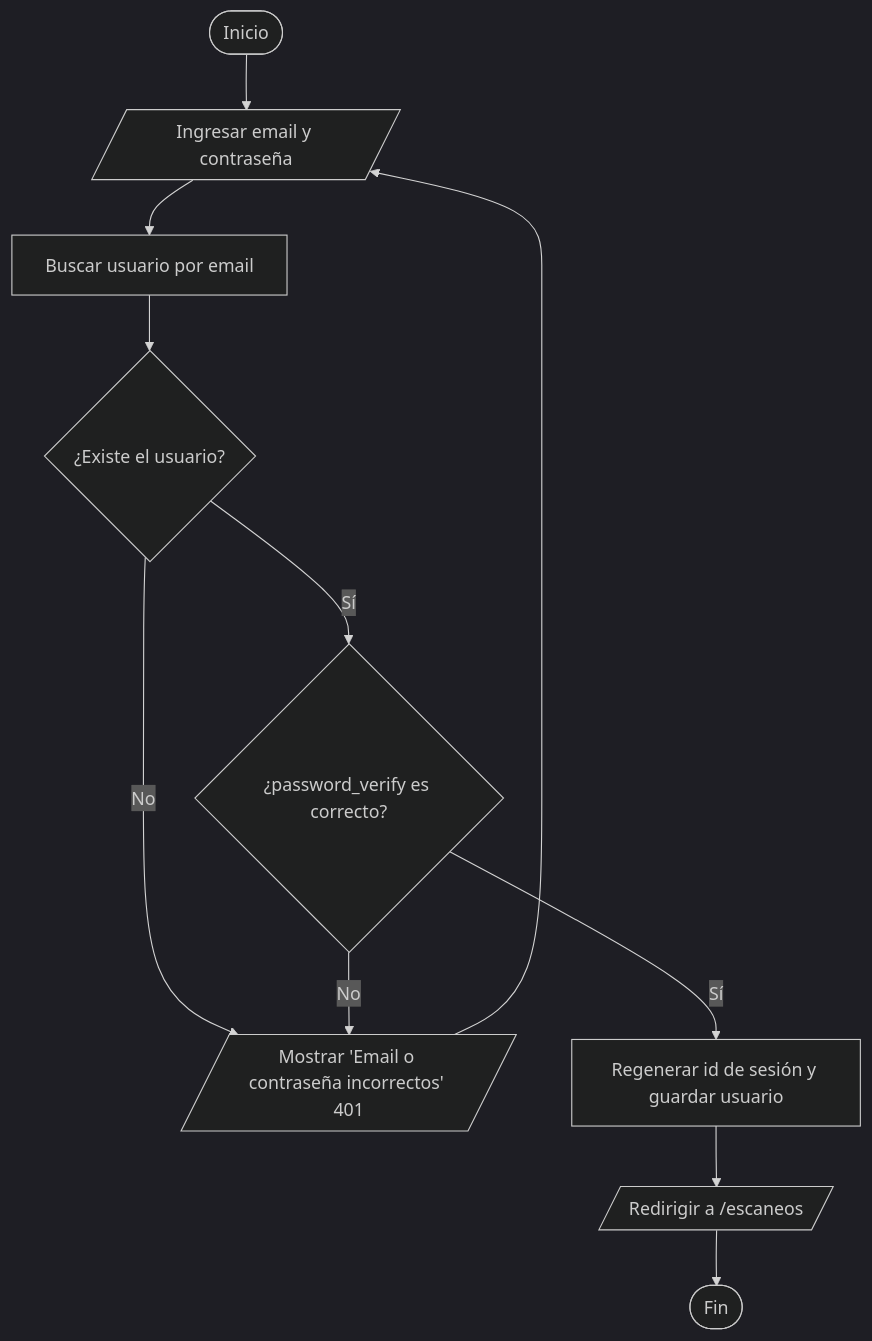
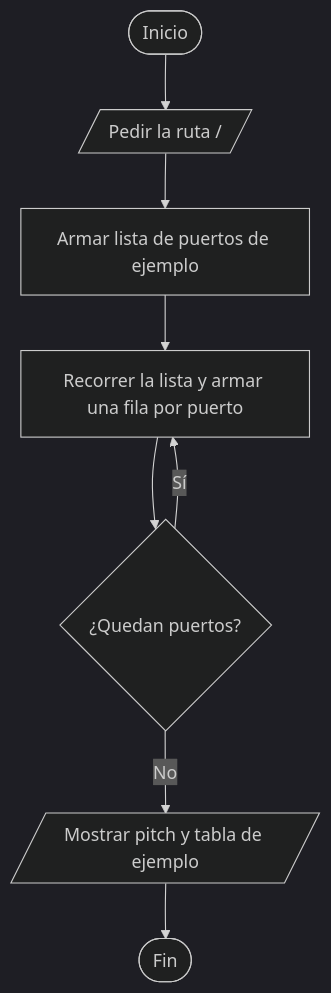
The first of 6 diagrams in docs/checkpoint-diagramas.md (Gambeta-latorre/pdi-eest4), drawn with Mermaid (dark theme) before and after one commit. The commit also changed other lines of this file and 7 other files, not shown here.

Commit message:
TP15 y diagramas: backlog sin login, historias US-1 a US-9

````diff
--- a/docs/checkpoint-diagramas.md
+++ b/docs/checkpoint-diagramas.md
@@ -30,12 +11,10 @@
 ```mermaid
 flowchart TD
-    A([Inicio]) --> B[/Ingresar email y contraseña/]
-    B --> C[Buscar usuario por email]
-    C --> D{¿Existe el usuario?}
-    D -- No --> F[/Mostrar 'Email o contraseña incorrectos' 401/] --> B
-    D -- Sí --> E{¿password_verify es correcto?}
-    E -- No --> F
-    E -- Sí --> G[Regenerar id de sesión y guardar usuario]
-    G --> H[/Redirigir a /escaneos/]
-    H --> I([Fin])
+    A([Inicio]) --> B[/"Pedir la ruta /"/]
+    B --> C[Armar lista de puertos de ejemplo]
+    C --> D[Recorrer la lista y armar una fila por puerto]
+    D --> E{¿Quedan puertos?}
+    E -- Sí --> D
+    E -- No --> G[/Mostrar pitch y tabla de ejemplo/]
+    G --> Z([Fin])
 ```
````
